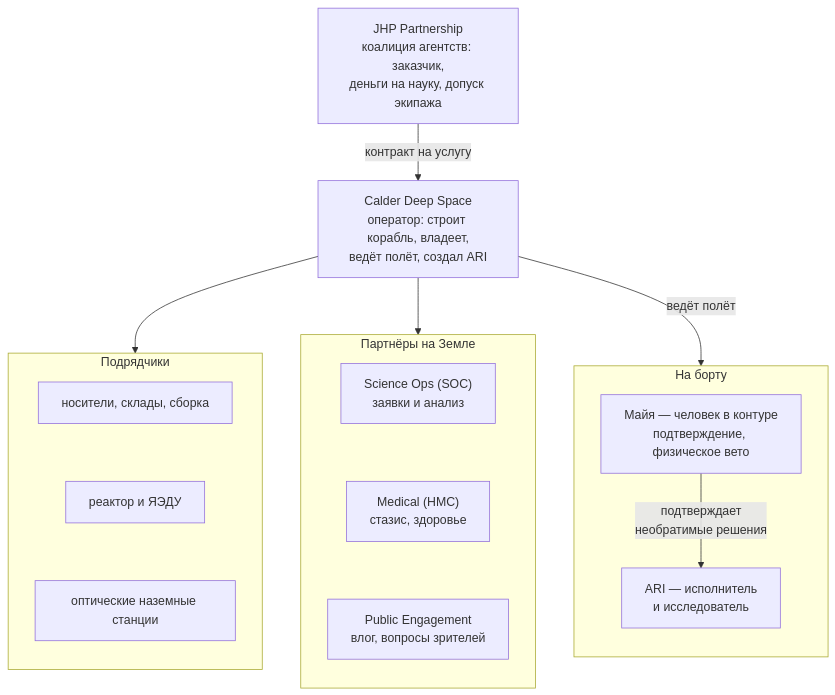
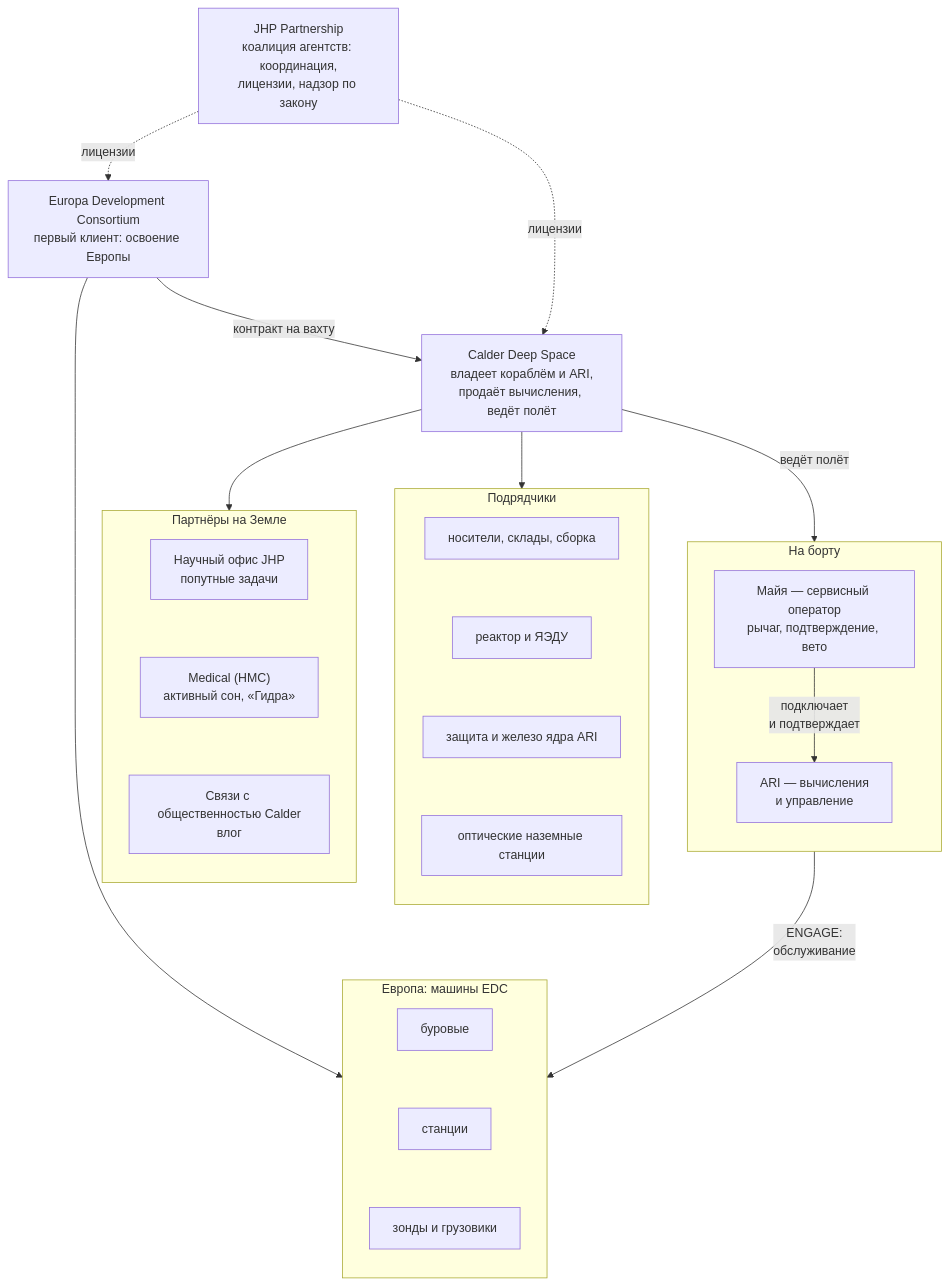
The diagram in ru/10-world/organizations.md (yunoshev/may-in-transit), drawn with Mermaid before and after one commit. The commit also changed other lines of this file and 72 other files, not shown here.

````diff
--- a/ru/10-world/organizations.md
+++ b/ru/10-world/organizations.md
@@ -22,21 +22,30 @@
 ```mermaid
 flowchart TD
-  JHP["JHP Partnership<br/>коалиция агентств: заказчик,<br/>деньги на науку, допуск экипажа"]
-  CAL["Calder Deep Space<br/>оператор: строит корабль, владеет,<br/>ведёт полёт, создал ARI"]
-  JHP -- "контракт на услугу" --> CAL
+  JHP["JHP Partnership<br/>коалиция агентств: координация,<br/>лицензии, надзор по закону"]
+  EDC["Europa Development Consortium<br/>первый клиент: освоение Европы"]
+  CAL["Calder Deep Space<br/>владеет кораблём и ARI,<br/>продаёт вычисления, ведёт полёт"]
+  EDC -- "контракт на вахту" --> CAL
+  JHP -.->|лицензии| CAL
+  JHP -.->|лицензии| EDC
   CAL --> SUP
   CAL --> EARTH
   CAL -- "ведёт полёт" --> BOARD
+  EDC --> SITE
+  BOARD -- "ENGAGE:<br/>обслуживание" --> SITE
   subgraph SUP["Подрядчики"]
     direction TB
-    S1["носители, склады, сборка"] ~~~ S2["реактор и ЯЭДУ"] ~~~ S3["оптические наземные станции"]
+    S1["носители, склады, сборка"] ~~~ S2["реактор и ЯЭДУ"] ~~~ S3["защита и железо ядра ARI"] ~~~ S4["оптические наземные станции"]
   end
   subgraph EARTH["Партнёры на Земле"]
     direction TB
-    SOC["Science Ops (SOC)<br/>заявки и анализ"] ~~~ HMC["Medical (HMC)<br/>стазис, здоровье"] ~~~ PE["Public Engagement<br/>влог, вопросы зрителей"]
+    SOC["Научный офис JHP<br/>попутные задачи"] ~~~ HMC["Medical (HMC)<br/>активный сон, «Гидра»"] ~~~ PR["Связи с общественностью Calder<br/>влог"]
   end
   subgraph BOARD["На борту"]
     direction TB
-    MAYA["Майя — человек в контуре<br/>подтверждение, физическое вето"] -- "подтверждает<br/>необратимые решения" --> ARI["ARI — исполнитель<br/>и исследователь"]
+    MAYA["Майя — сервисный оператор<br/>рычаг, подтверждение, вето"] -- "подключает<br/>и подтверждает" --> ARI["ARI — вычисления<br/>и управление"]
+  end
+  subgraph SITE["Европа: машины EDC"]
+    direction TB
+    M1["буровые"] ~~~ M2["станции"] ~~~ M3["зонды и грузовики"]
   end
 ```
````
